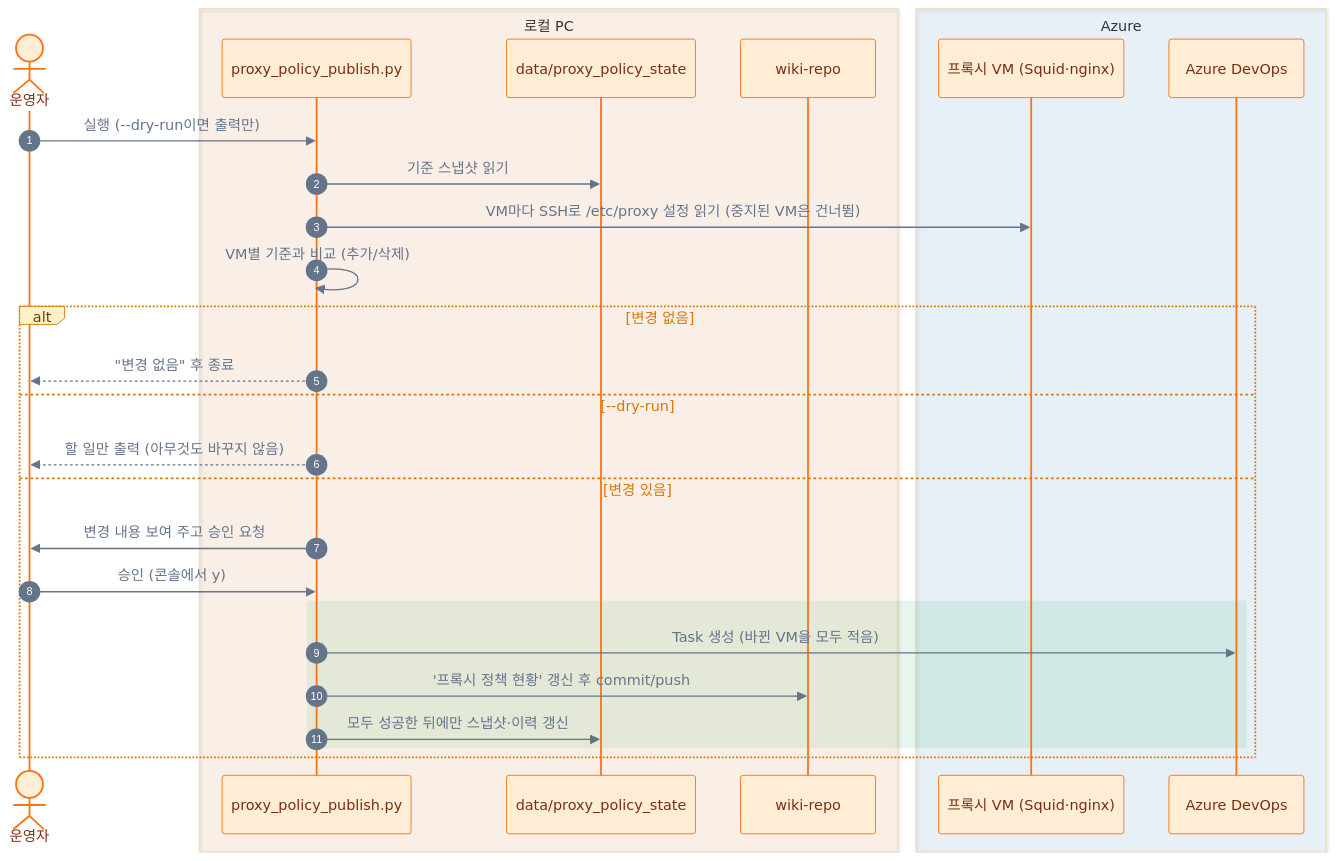
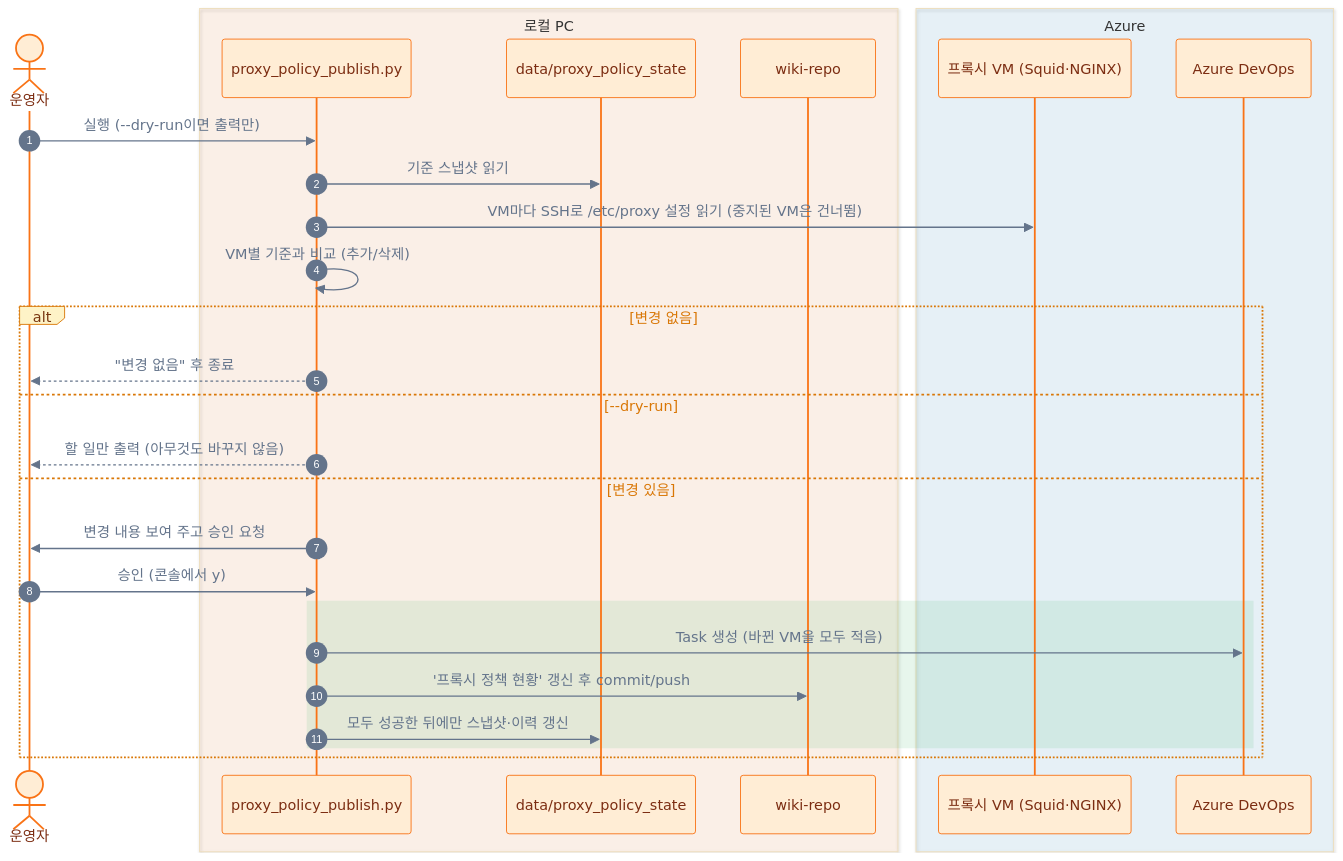
One commit to pcmola/ai-master changed the eighth of 10 diagrams in README.md. Above: the diagram before and after it, drawn with Mermaid. The commit also changed other lines of this file and 4 other files, not shown here.

````diff
--- a/README.md
+++ b/README.md
@@ -651,33 +651,33 @@
 ```mermaid
 %%{init: {"theme": "base", "themeVariables": {"actorBkg": "#FFEDD5", "actorBorder": "#F97316", "actorTextColor": "#7C2D12", "actorLineColor": "#F97316", "signalColor": "#64748B", "signalTextColor": "#64748B", "labelBoxBkgColor": "#FEF3C7", "labelBoxBorderColor": "#D97706", "labelTextColor": "#78350F", "loopTextColor": "#D97706", "sequenceNumberColor": "#FFFFFF", "noteBkgColor": "#FEF9C3"}}}%%
 sequenceDiagram
     autonumber
     actor 운영자
     box rgba(249, 115, 22, 0.08) 로컬 PC
         participant P as proxy_policy_publish.py
         participant S as data/proxy_policy_state
         participant W as wiki-repo
     end
     box rgba(2, 132, 199, 0.08) Azure
-        participant VM as 프록시 VM (Squid·nginx)
+        participant VM as 프록시 VM (Squid·NGINX)
         participant D as Azure DevOps
     end
 
     운영자->>P: 실행 (--dry-run이면 출력만)
     P->>S: 기준 스냅샷 읽기
     P->>VM: VM마다 SSH로 /etc/proxy 설정 읽기 (중지된 VM은 건너뜀)
     P->>P: VM별 기준과 비교 (추가/삭제)
     alt 변경 없음
         P-->>운영자: "변경 없음" 후 종료
     else --dry-run
         P-->>운영자: 할 일만 출력 (아무것도 바꾸지 않음)
     else 변경 있음
         P->>운영자: 변경 내용 보여 주고 승인 요청
         운영자->>P: 승인 (콘솔에서 y)
         rect rgba(22, 163, 74, 0.1)
             P->>D: Task 생성 (바뀐 VM을 모두 적음)
             P->>W: '프록시 정책 현황' 갱신 후 commit/push
             P->>S: 모두 성공한 뒤에만 스냅샷·이력 갱신
         end
     end
 ```
````
